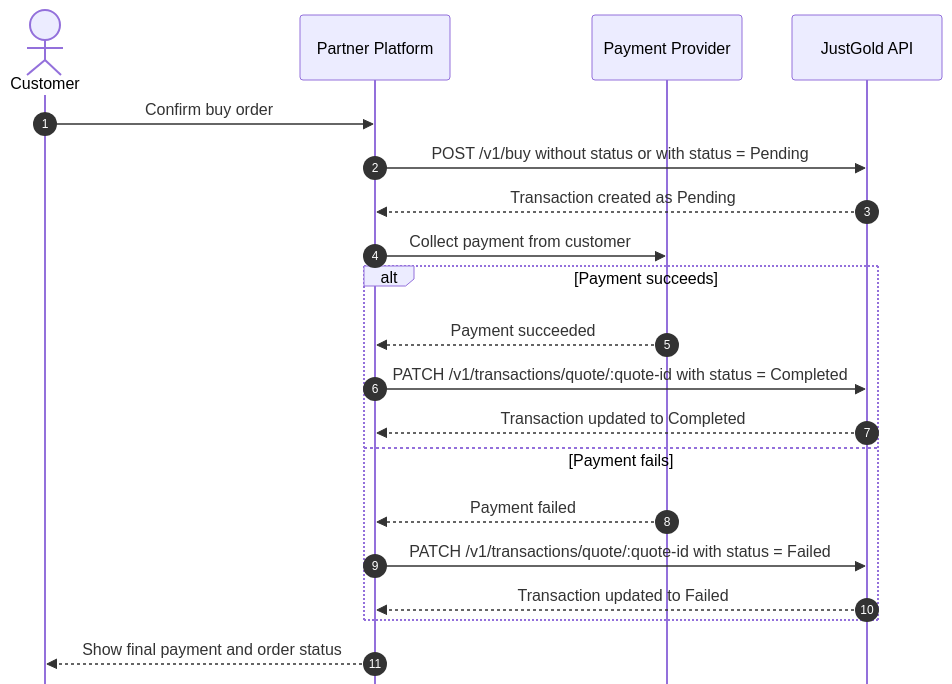
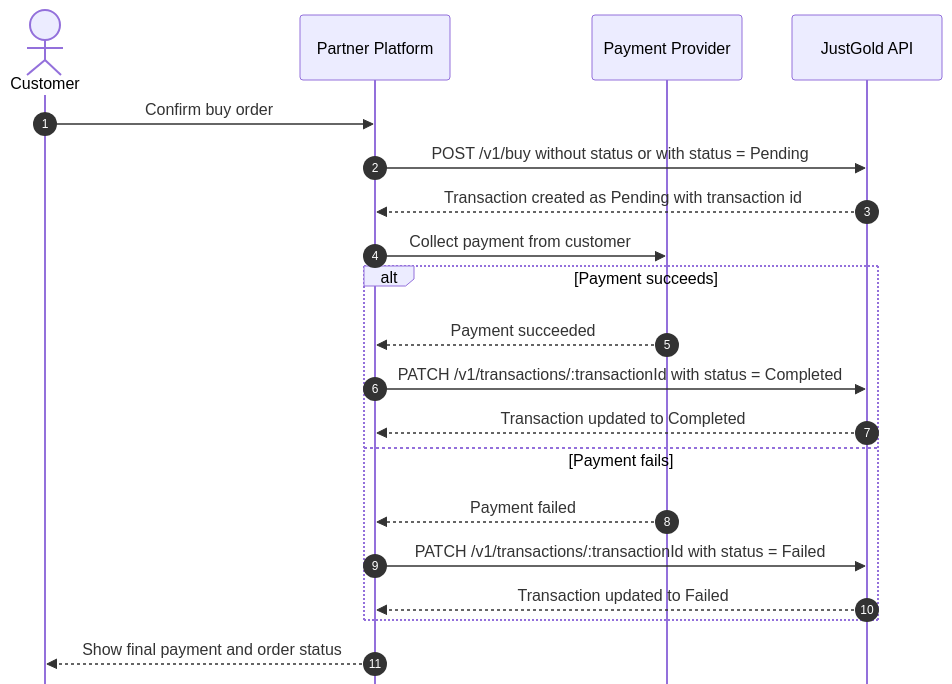
One commit to Just-Gold-JG/docs changed the second of 2 diagrams in api/buy.md. Above: the diagram before and after it, drawn with Mermaid. The commit also changed other lines of this file and 10 other files, not shown here.

````diff
--- a/api/buy.md
+++ b/api/buy.md
@@ -51,24 +51,24 @@
 ```mermaid
 %%{init: { "sequence": { "mirrorActors": false } }}%%
 sequenceDiagram
     autonumber
     actor Customer
     participant Partner as Partner Platform
     participant Payment as Payment Provider
     participant JustGold as JustGold API
 
     Customer->>Partner: Confirm buy order
     Partner->>JustGold: POST /v1/buy without status or with status = Pending
-    JustGold-->>Partner: Transaction created as Pending
+    JustGold-->>Partner: Transaction created as Pending with transaction id
     Partner->>Payment: Collect payment from customer
     alt Payment succeeds
         Payment-->>Partner: Payment succeeded
-        Partner->>JustGold: PATCH /v1/transactions/quote/:quote-id with status = Completed
+        Partner->>JustGold: PATCH /v1/transactions/:transactionId with status = Completed
         JustGold-->>Partner: Transaction updated to Completed
     else Payment fails
         Payment-->>Partner: Payment failed
-        Partner->>JustGold: PATCH /v1/transactions/quote/:quote-id with status = Failed
+        Partner->>JustGold: PATCH /v1/transactions/:transactionId with status = Failed
         JustGold-->>Partner: Transaction updated to Failed
     end
     Partner-->>Customer: Show final payment and order status
 ```
````
